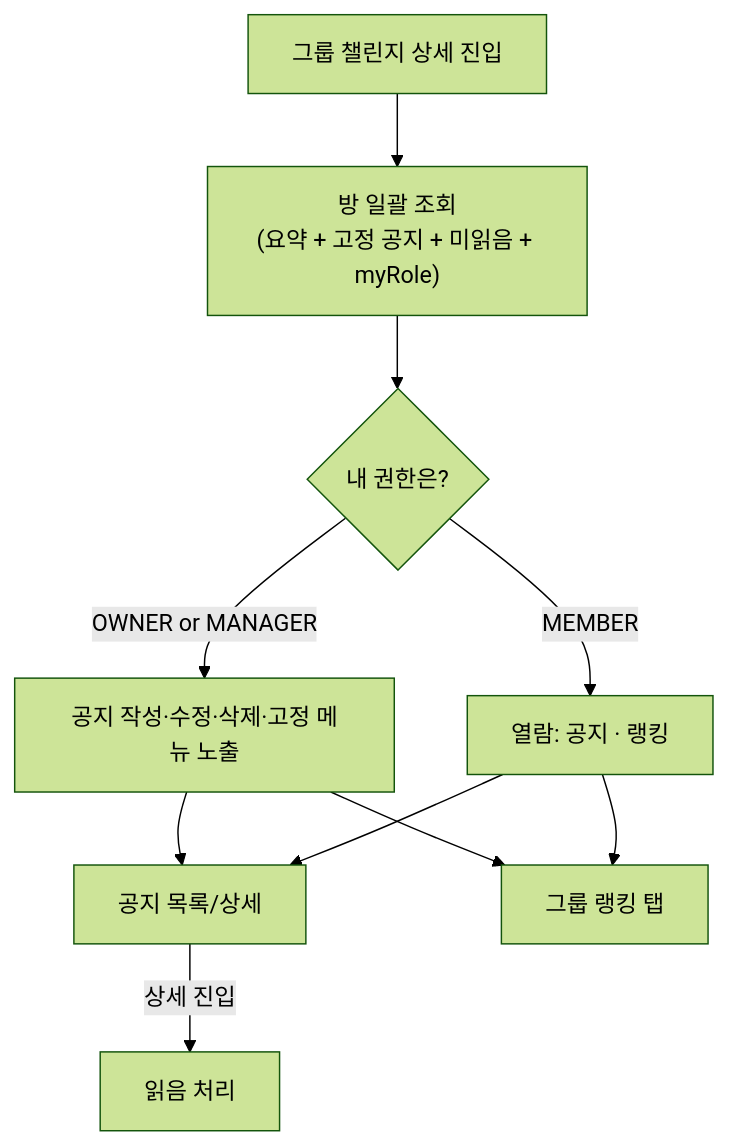
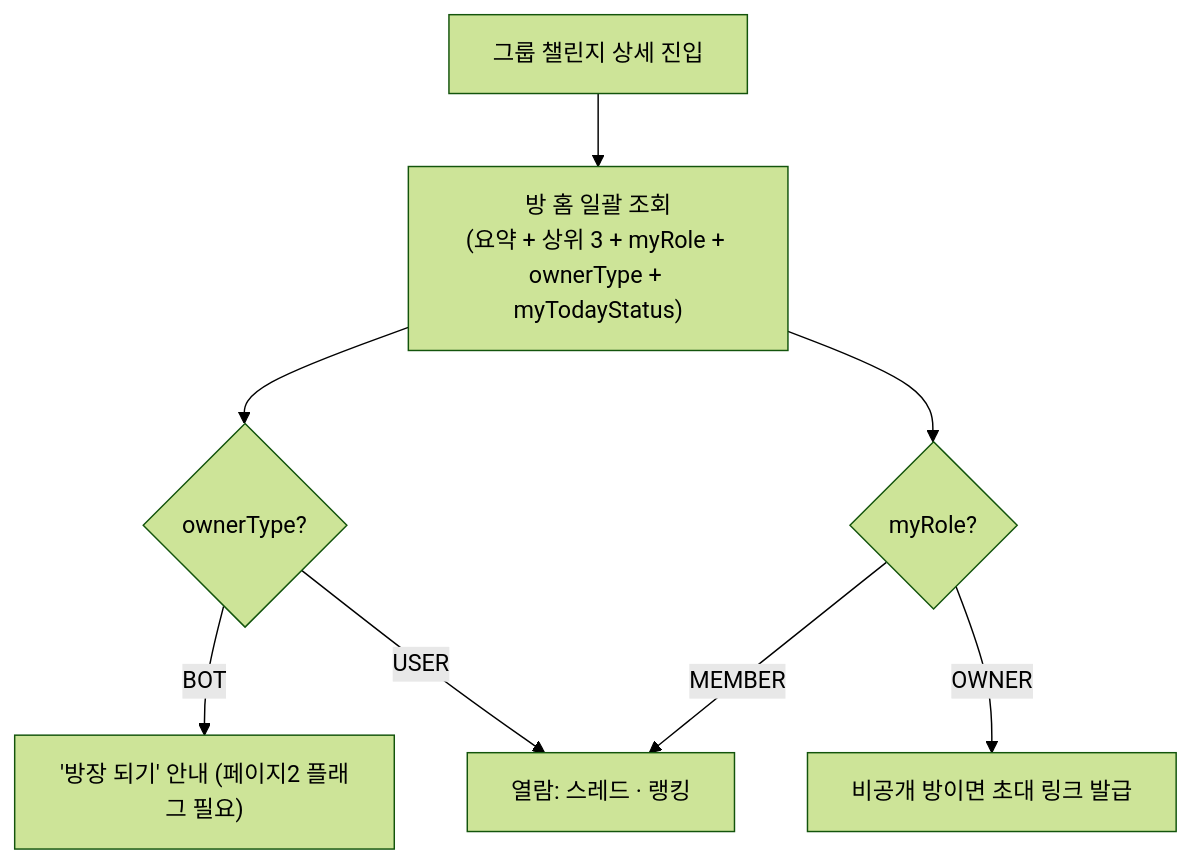
One commit to RuleUp-ASM/Backend changed the second of 3 diagrams in docs/manage/챌린지공지_방내부기능_테크스펙.md. Above: the diagram before and after it, drawn with Mermaid (forest theme). The commit also changed other lines of this file and 7 other files, not shown here.

````diff
--- a/docs/manage/챌린지공지_방내부기능_테크스펙.md
+++ b/docs/manage/챌린지공지_방내부기능_테크스펙.md
@@ -60,12 +72,10 @@
 ```mermaid
 flowchart TD
-    A["그룹 챌린지 상세 진입"] --> B["방 일괄 조회<br/>(요약 + 고정 공지 + 미읽음 + myRole)"]
-    B --> C{"내 권한은?"}
-    C -->|OWNER or MANAGER| D["공지 작성·수정·삭제·고정 메뉴 노출"]
-    C -->|MEMBER| E["열람: 공지 · 랭킹"]
-    D --> G["공지 목록/상세"]
-    E --> G
-    G -->|"상세 진입"| H["읽음 처리"]
-    D --> I["그룹 랭킹 탭"]
-    E --> I
+    A["그룹 챌린지 상세 진입"] --> B["방 홈 일괄 조회<br/>(요약 + 상위 3 + myRole + ownerType + myTodayStatus)"]
+    B --> C{"ownerType?"}
+    C -->|BOT| D["'방장 되기' 안내 (페이지2 플래그 필요)"]
+    C -->|USER| E["열람: 스레드 · 랭킹"]
+    B --> F{"myRole?"}
+    F -->|OWNER| G["비공개 방이면 초대 링크 발급"]
+    F -->|MEMBER| E
 ```
````
